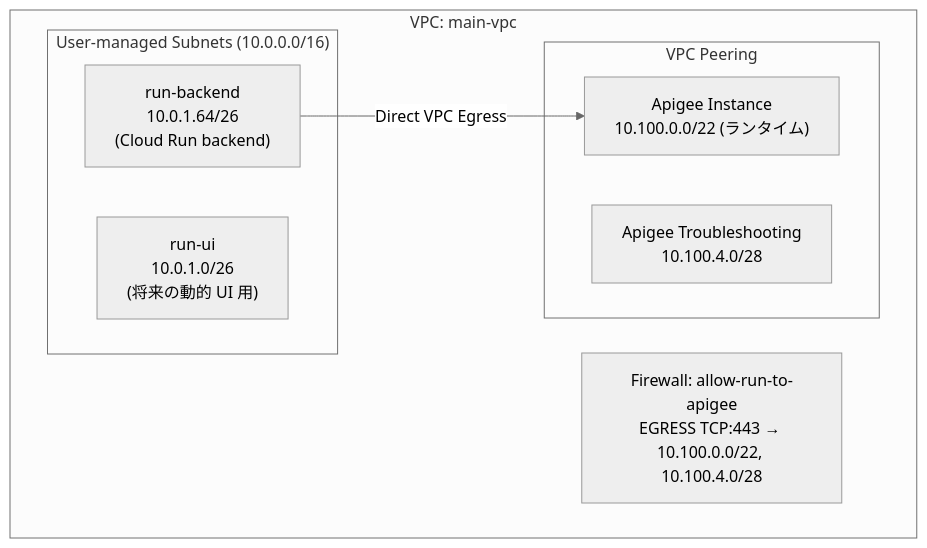
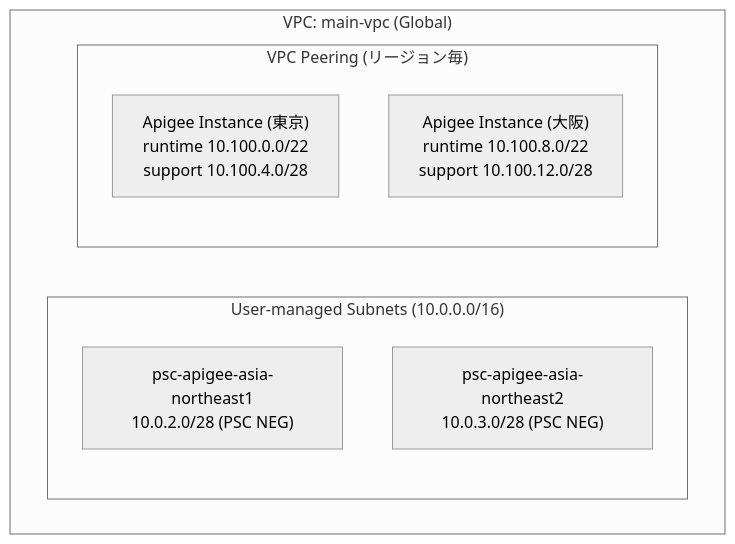
Before and after one commit to linzhengen/apigee-labs: the third of 4 diagrams in README.md, drawn with Mermaid (neutral theme). The commit also changed other lines of this file and 16 other files, not shown here.

````diff
--- a/README.md
+++ b/README.md
@@ -159,15 +156,13 @@
 ```mermaid
 graph TB
-  subgraph VPC["VPC: main-vpc"]
+  subgraph VPC["VPC: main-vpc (Global)"]
     subgraph Subnets["User-managed Subnets (10.0.0.0/16)"]
-      S1["run-ui<br/>10.0.1.0/26<br/>(将来の動的 UI 用)"]
-      S2["run-backend<br/>10.0.1.64/26<br/>(Cloud Run backend)"]
+      PSC1["psc-apigee-asia-northeast1<br/>10.0.2.0/28 (PSC NEG)"]
+      PSC2["psc-apigee-asia-northeast2<br/>10.0.3.0/28 (PSC NEG)"]
     end
-    subgraph Peering["VPC Peering"]
-      AP["Apigee Instance<br/>10.100.0.0/22 (ランタイム)"]
-      TS["Apigee Troubleshooting<br/>10.100.4.0/28"]
+    subgraph Peering["VPC Peering (リージョン毎)"]
+      AP1["Apigee Instance (東京)<br/>runtime 10.100.0.0/22<br/>support 10.100.4.0/28"]
+      AP2["Apigee Instance (大阪)<br/>runtime 10.100.8.0/22<br/>support 10.100.12.0/28"]
     end
-    S2 -->|Direct VPC Egress| AP
-    FW["Firewall: allow-run-to-apigee<br/>EGRESS TCP:443 → 10.100.0.0/22, 10.100.4.0/28"]
   end
 ```
````
